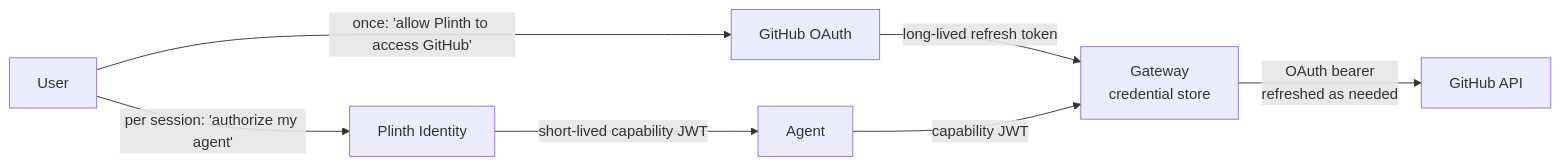
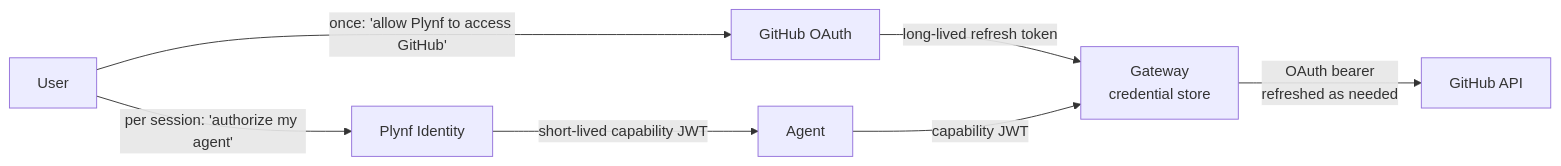
Before and after one commit to nico-schindlbeck-jpg/plynf: the second of 2 diagrams in docs/architecture/06-identity-capabilities.md, drawn with Mermaid. The commit also changed other lines of this file and 209 other files, not shown here.

First line of the commit message:
rebrand: Plinth → Plynf (text/docs/marketing surfaces only)

````diff
--- a/docs/architecture/06-identity-capabilities.md
+++ b/docs/architecture/06-identity-capabilities.md
@@ -160,9 +160,9 @@
 ```mermaid
 flowchart LR
-    User -->|"once: 'allow Plinth to access GitHub'"| OAuthIdP[GitHub OAuth]
+    User -->|"once: 'allow Plynf to access GitHub'"| OAuthIdP[GitHub OAuth]
     OAuthIdP -->|long-lived refresh token| GW[Gateway<br/>credential store]
-    User -->|"per session: 'authorize my agent'"| ID[Plinth Identity]
+    User -->|"per session: 'authorize my agent'"| ID[Plynf Identity]
     ID -->|short-lived capability JWT| Agent
     Agent -->|capability JWT| GW
     GW -->|OAuth bearer<br/>refreshed as needed| GitHubAPI[GitHub API]
 ```
````
